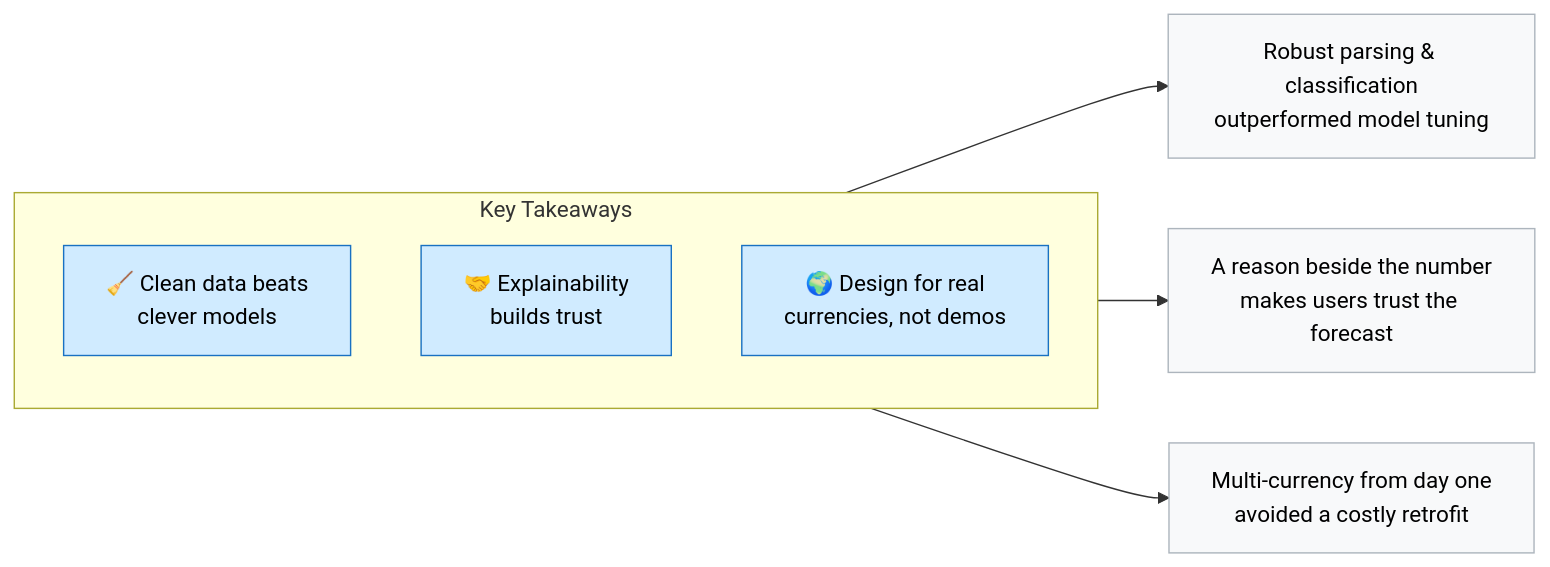
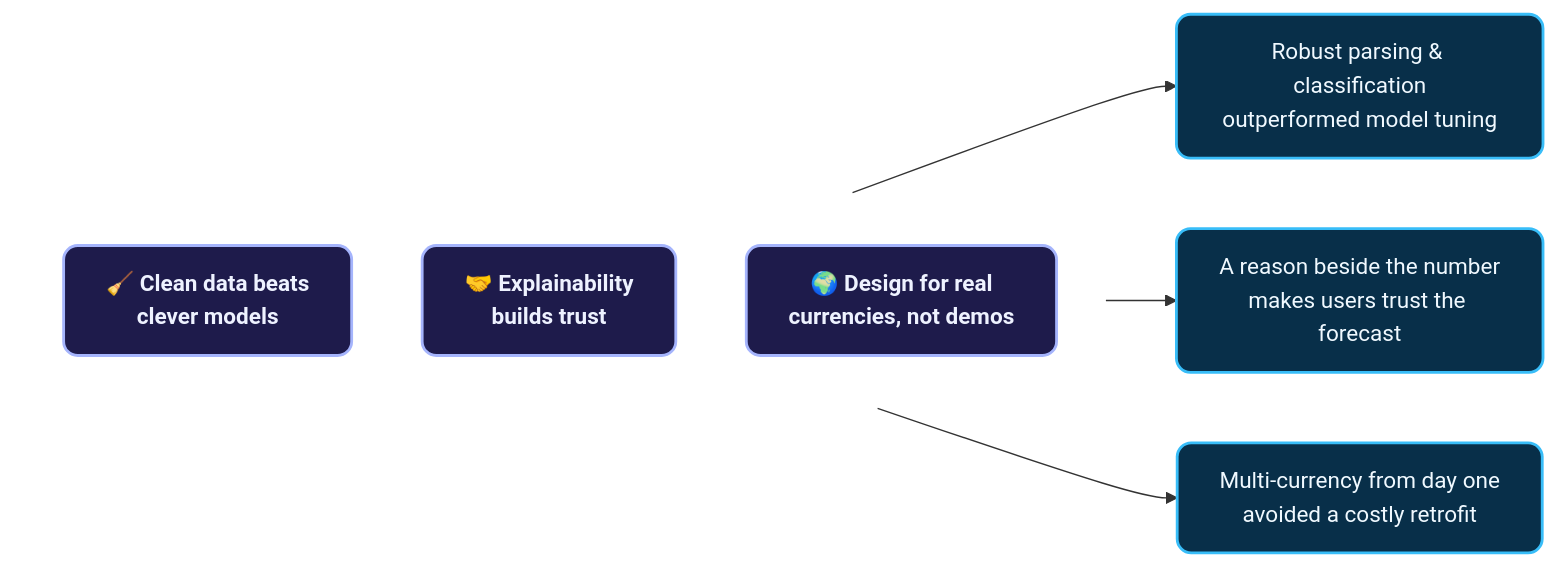
The fifth of 5 diagrams in README.md (ShraddhaD-07/project), drawn with Mermaid before and after one commit. The commit also changed other lines of this file, not shown here.

````diff
--- a/README.md
+++ b/README.md
@@ -204,20 +292,19 @@
 ```mermaid
 flowchart LR
-    subgraph L["Key Takeaways"]
+    subgraph L[" "]
         direction TB
-        A["🧹 Clean data beats<br/>clever models"]
-        B["🤝 Explainability<br/>builds trust"]
-        C["🌍 Design for real<br/>currencies, not demos"]
+        A["🧹 <b>Clean data beats</b><br/><b>clever models</b>"]
+        B["🤝 <b>Explainability</b><br/><b>builds trust</b>"]
+        C["🌍 <b>Design for real</b><br/><b>currencies, not demos</b>"]
     end
 
     A --> A1["Robust parsing & classification<br/>outperformed model tuning"]
     B --> B1["A reason beside the number<br/>makes users trust the forecast"]
     C --> C1["Multi-currency from day one<br/>avoided a costly retrofit"]
 
-    style A fill:#d0ebff,stroke:#1971c2,color:#000
-    style B fill:#d0ebff,stroke:#1971c2,color:#000
-    style C fill:#d0ebff,stroke:#1971c2,color:#000
-    style A1 fill:#f8f9fa,stroke:#adb5bd,color:#000
-    style B1 fill:#f8f9fa,stroke:#adb5bd,color:#000
-    style C1 fill:#f8f9fa,stroke:#adb5bd,color:#000
+    classDef takeaway fill:#1E1B4B,stroke:#A5B4FC,stroke-width:2px,color:#EEF2FF,rx:10,ry:10
+    classDef insight fill:#082F49,stroke:#38BDF8,stroke-width:2px,color:#F0F9FF,rx:10,ry:10
+    class A,B,C takeaway
+    class A1,B1,C1 insight
+    style L fill:none,stroke:none
 ```
````
